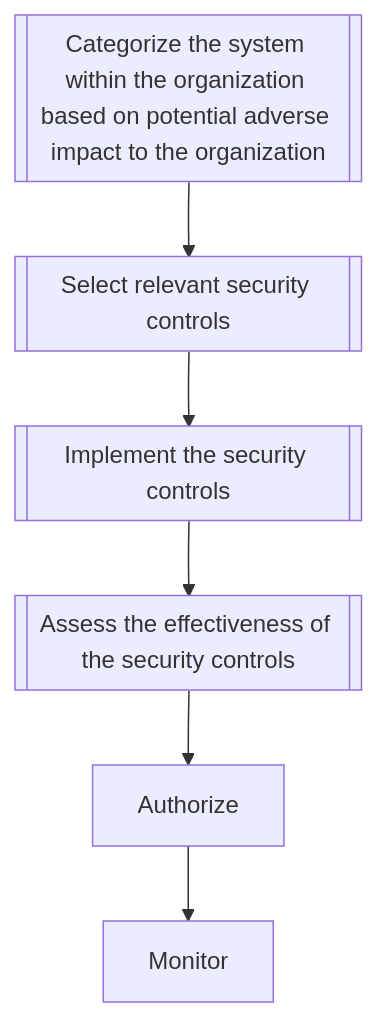
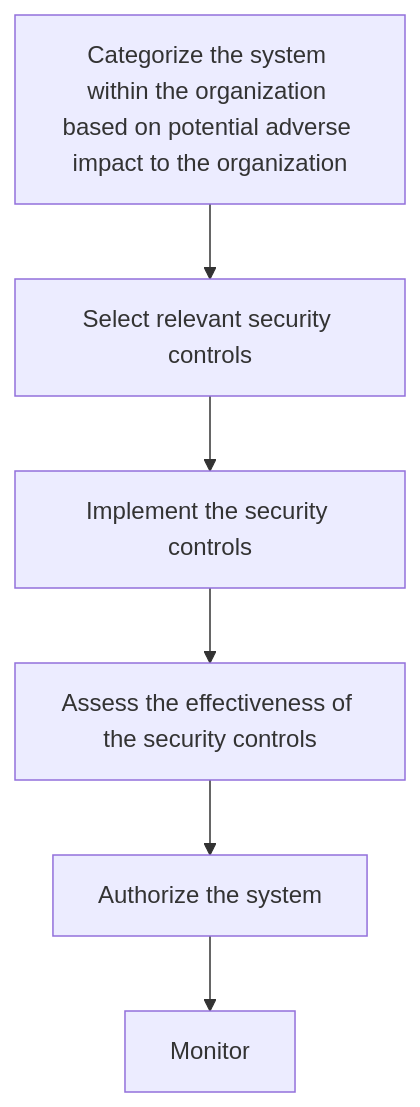
One commit to mgifford/mermaid-graphs changed the diagram in ato.md. Above: the diagram before and after it, drawn with Mermaid.

Commit message:
fixing up presentation

````diff
--- a/ato.md
+++ b/ato.md
@@ -10,9 +10,9 @@
 ```mermaid
 graph TD
 
-Categorize[[Categorize the system within the organization based on potential adverse impact to the organization]] --> Select
-Select[[Select relevant security controls]] --> Implement
-Implement[[Implement the security controls]] --> Assess
-Assess[[Assess the effectiveness of the security controls]] --> Authorize
-Authorize --> Monitor
+Categorize[Categorize the system within the organization based on potential adverse impact to the organization] --> Select
+Select[Select relevant security controls] --> Implement
+Implement[Implement the security controls] --> Assess
+Assess[Assess the effectiveness of the security controls] --> Authorize
+Authorize[Authorize the system] --> Monitor
 ```
````
